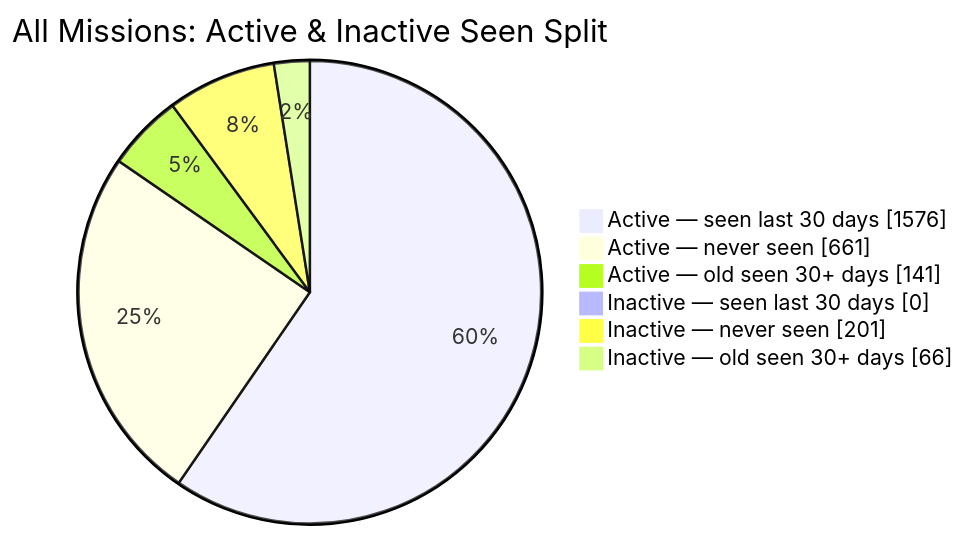
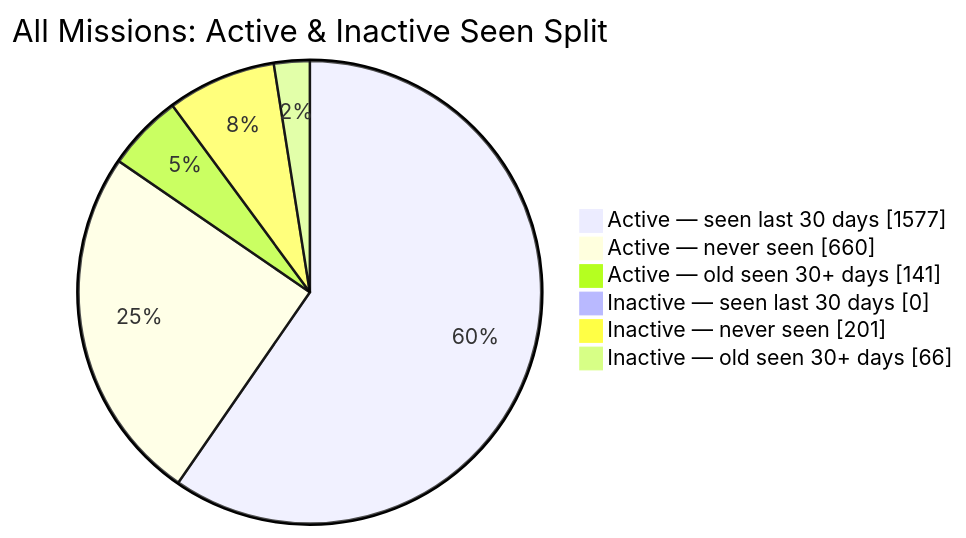
The second of 2 diagrams in README.md (MeldkamerspelGameTeam/active-missions), drawn with Mermaid before and after one commit. The commit also changed other lines of this file and 2 other files, not shown here.

````diff
--- a/README.md
+++ b/README.md
@@ -44,10 +44,10 @@
 ```mermaid
 pie showData
     title All Missions: Active & Inactive Seen Split
-    "Active — seen last 30 days" : 1576
-    "Active — never seen" : 661
+    "Active — seen last 30 days" : 1577
+    "Active — never seen" : 660
     "Active — old seen 30+ days" : 141
     "Inactive — seen last 30 days" : 0
     "Inactive — never seen" : 201
     "Inactive — old seen 30+ days" : 66
 ```
````
